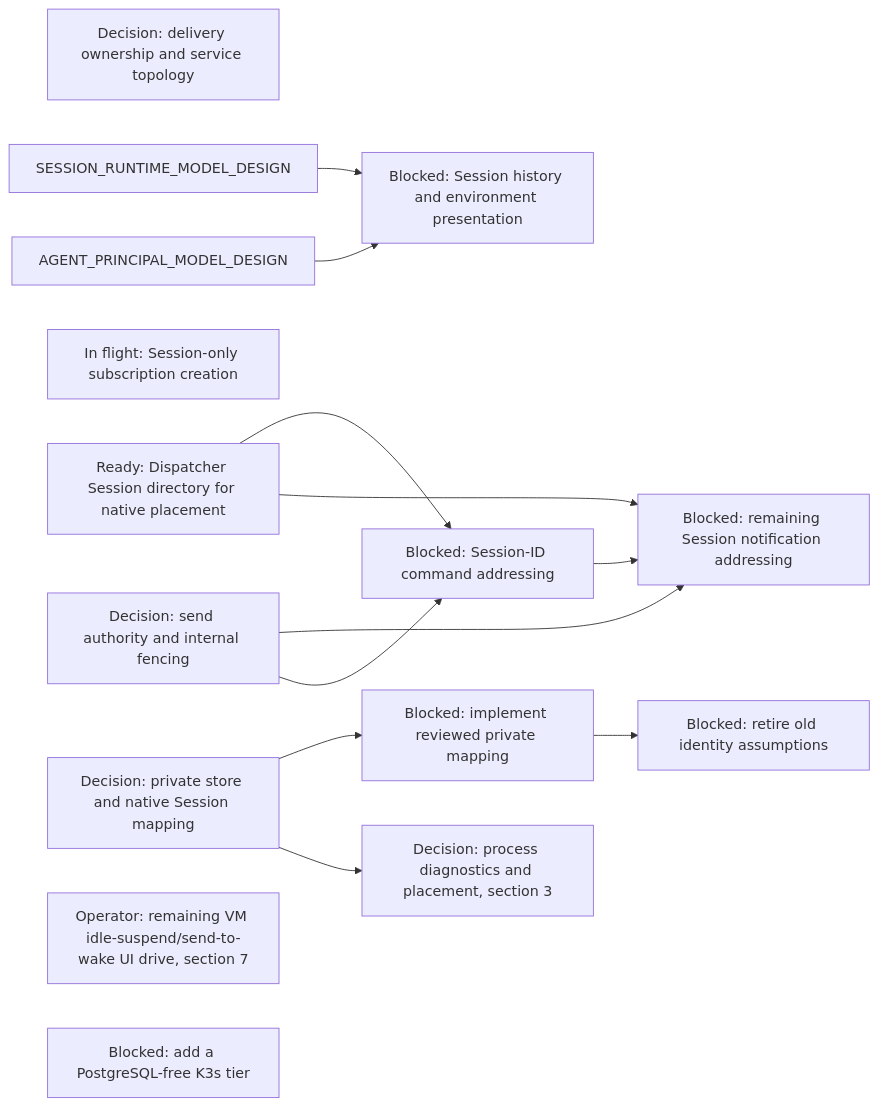
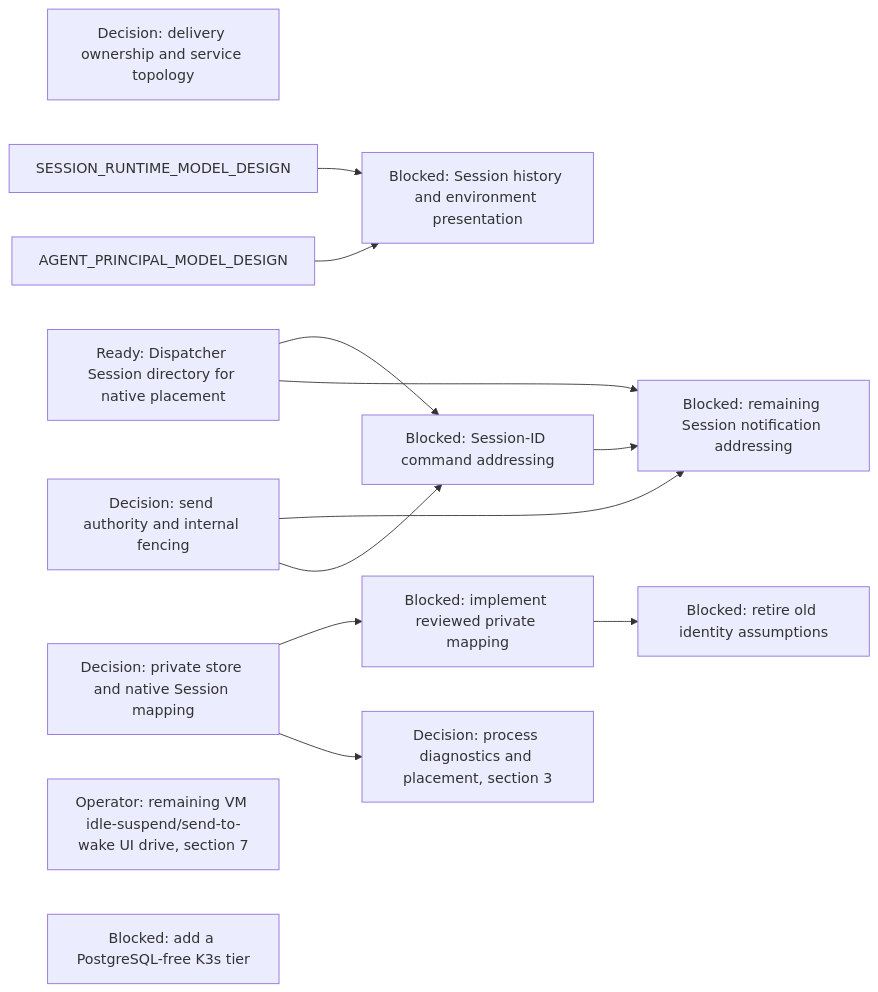
Diagram 14 of 17 in agentplane/plans/task_dag.md (agentydragon/ducktape), drawn with Mermaid before and after one commit. The commit also changed other lines of this file and 1 other file, not shown here.

First line of the commit message:
Burn down merged Session subscription addressing (#14125)

````diff
--- a/agentplane/plans/task_dag.md
+++ b/agentplane/plans/task_dag.md
@@ -2031,26 +2031,25 @@
 ```mermaid
 flowchart LR
     DISPATCHER_PERSISTENCE_MODEL_DESIGN[Decision: delivery ownership and service topology]
     SESSION_DIRECTORY_NATIVE[Ready: Dispatcher Session directory for native placement]
     DELIVERY_DESTINATION_AUTHORITY_DESIGN[Decision: send authority and internal fencing]
     DELIVERY_DESTINATION_CONTRACT[Blocked: Session-ID command addressing]
-    SESSION_SUBSCRIPTION_ADDRESS[In flight: Session-only subscription creation]
     SESSION_NOTIFICATION_ADDRESS[Blocked: remaining Session notification addressing]
     SESSION_HISTORY_PRESENTATION[Blocked: Session history and environment presentation]
     SESSION_DIRECTORY_NATIVE --> DELIVERY_DESTINATION_CONTRACT
     SESSION_DIRECTORY_NATIVE --> SESSION_NOTIFICATION_ADDRESS
     DELIVERY_DESTINATION_AUTHORITY_DESIGN --> SESSION_NOTIFICATION_ADDRESS
     DELIVERY_DESTINATION_CONTRACT --> SESSION_NOTIFICATION_ADDRESS
     SESSION_RUNTIME_MODEL_DESIGN --> SESSION_HISTORY_PRESENTATION
     AGENT_PRINCIPAL_MODEL_DESIGN --> SESSION_HISTORY_PRESENTATION
     HARNESS_IDENTITY_DESIGN[Decision: private store and native Session mapping]
     RUNNER_STORE_SESSION_IDENTITY[Blocked: implement reviewed private mapping]
     RUNNER_IDENTITY_LEGACY_CLEANUP[Blocked: retire old identity assumptions]
     IDLE_SUSPEND_UI_DRIVE[Operator: remaining VM idle-suspend/send-to-wake UI drive, section 7]
     RUNNER_HARNESS_OBJECTS_DESIGN[Decision: process diagnostics and placement, section 3]
     CNPG_FREE_K3S_INTEGRATION_TIER[Blocked: add a PostgreSQL-free K3s tier]
     DELIVERY_DESTINATION_AUTHORITY_DESIGN --> DELIVERY_DESTINATION_CONTRACT
     RUNNER_STORE_SESSION_IDENTITY --> RUNNER_IDENTITY_LEGACY_CLEANUP
     HARNESS_IDENTITY_DESIGN --> RUNNER_STORE_SESSION_IDENTITY
     HARNESS_IDENTITY_DESIGN --> RUNNER_HARNESS_OBJECTS_DESIGN
 ```
````
